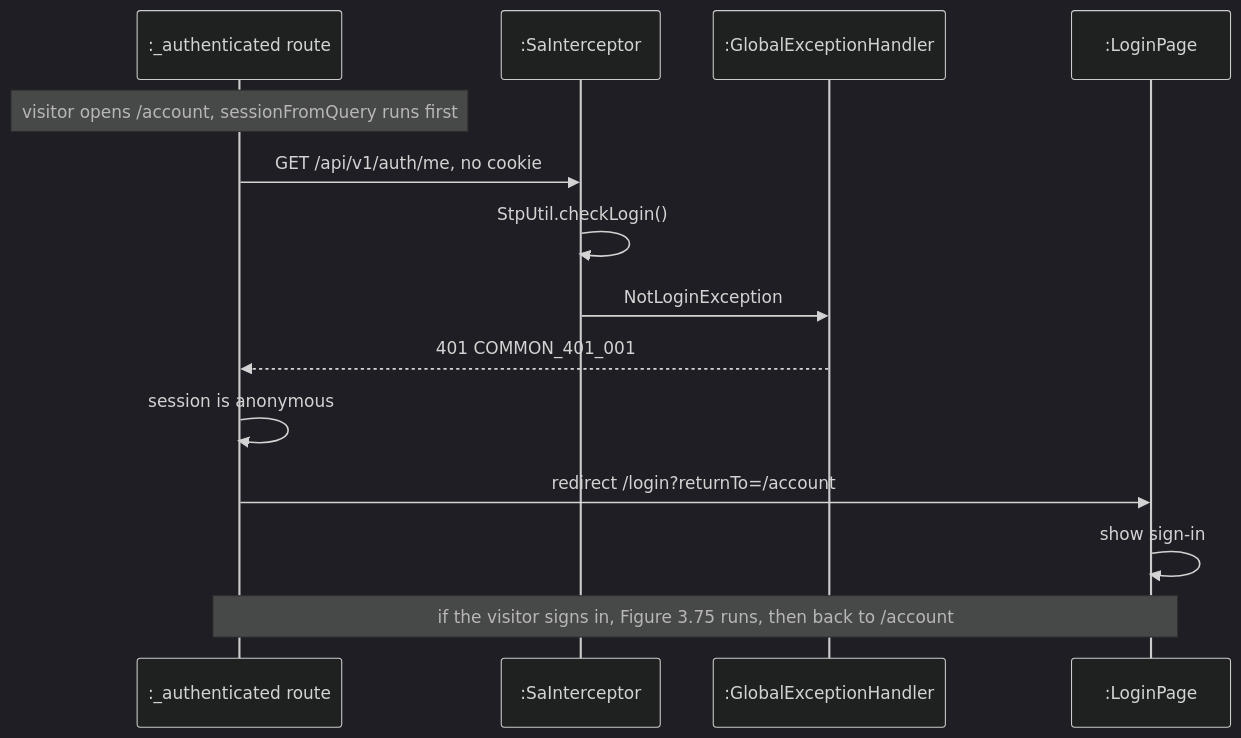
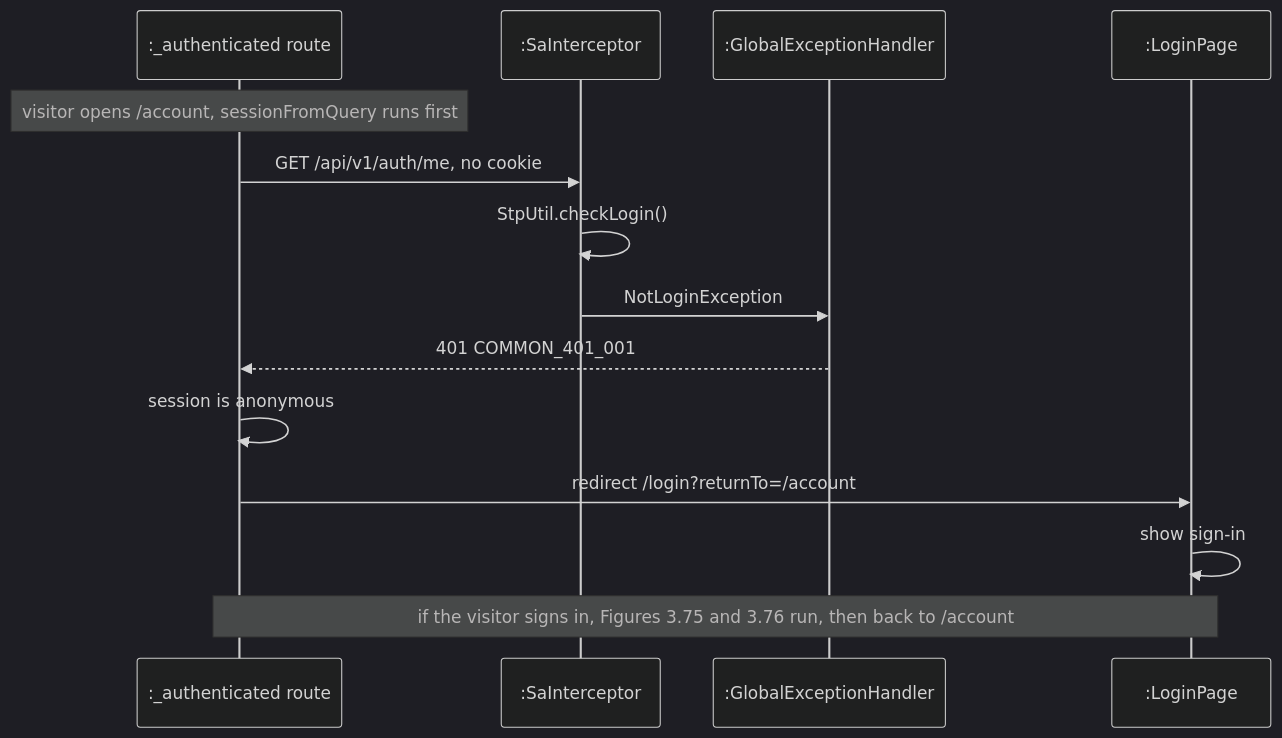
Diagram 18 of 18 in docs/swe5006/report/sections/03-4-3-pan.md (PPsyrius/iss-groupbuy-team8), drawn with Mermaid (dark theme) before and after one commit.

Commit message:
docs(report): point the UC2-3 note at both UC2-1 figures (#463) [owner: Pan]
Review on PR #704. The note in Figure 3.78 sent a signing-in visitor to
Figure 3.75 only, which covers the redirect and verification; account
persistence and the session are Figure 3.76, the second half of UC2-1.

Owner: Pan owns this section; changed directly, for sign-off in review.

Evidence-skipped: review follow-up; the sprint log entry of this PR covers it
Claude-Session: https://claude.ai/code/session_01JW6rqhVURQAqLAddc56V99

````diff
--- a/docs/swe5006/report/sections/03-4-3-pan.md
+++ b/docs/swe5006/report/sections/03-4-3-pan.md
@@ -723,16 +723,16 @@
 ```mermaid
 sequenceDiagram
     participant G as :_authenticated route
     participant SI as :SaInterceptor
     participant EH as :GlobalExceptionHandler
     participant LP as :LoginPage
     Note over G: visitor opens /account, sessionFromQuery runs first
     G->>SI: GET /api/v1/auth/me, no cookie
     SI->>SI: StpUtil.checkLogin()
     SI->>EH: NotLoginException
     EH-->>G: 401 COMMON_401_001
     G->>G: session is anonymous
     G->>LP: redirect /login?returnTo=/account
     LP->>LP: show sign-in
-    Note over G,LP: if the visitor signs in, Figure 3.75 runs, then back to /account
+    Note over G,LP: if the visitor signs in, Figures 3.75 and 3.76 run, then back to /account
 ```
````
